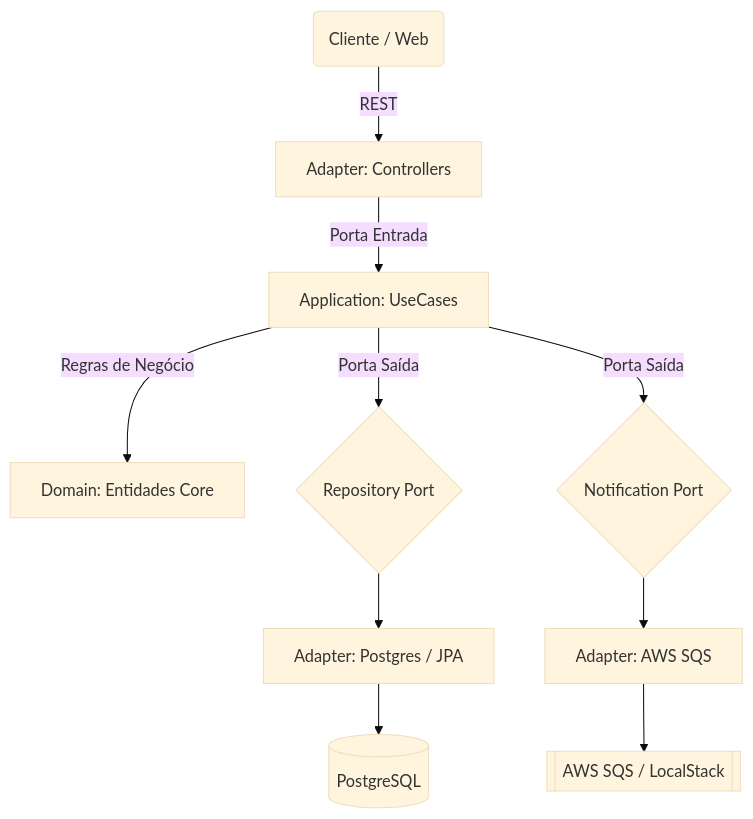
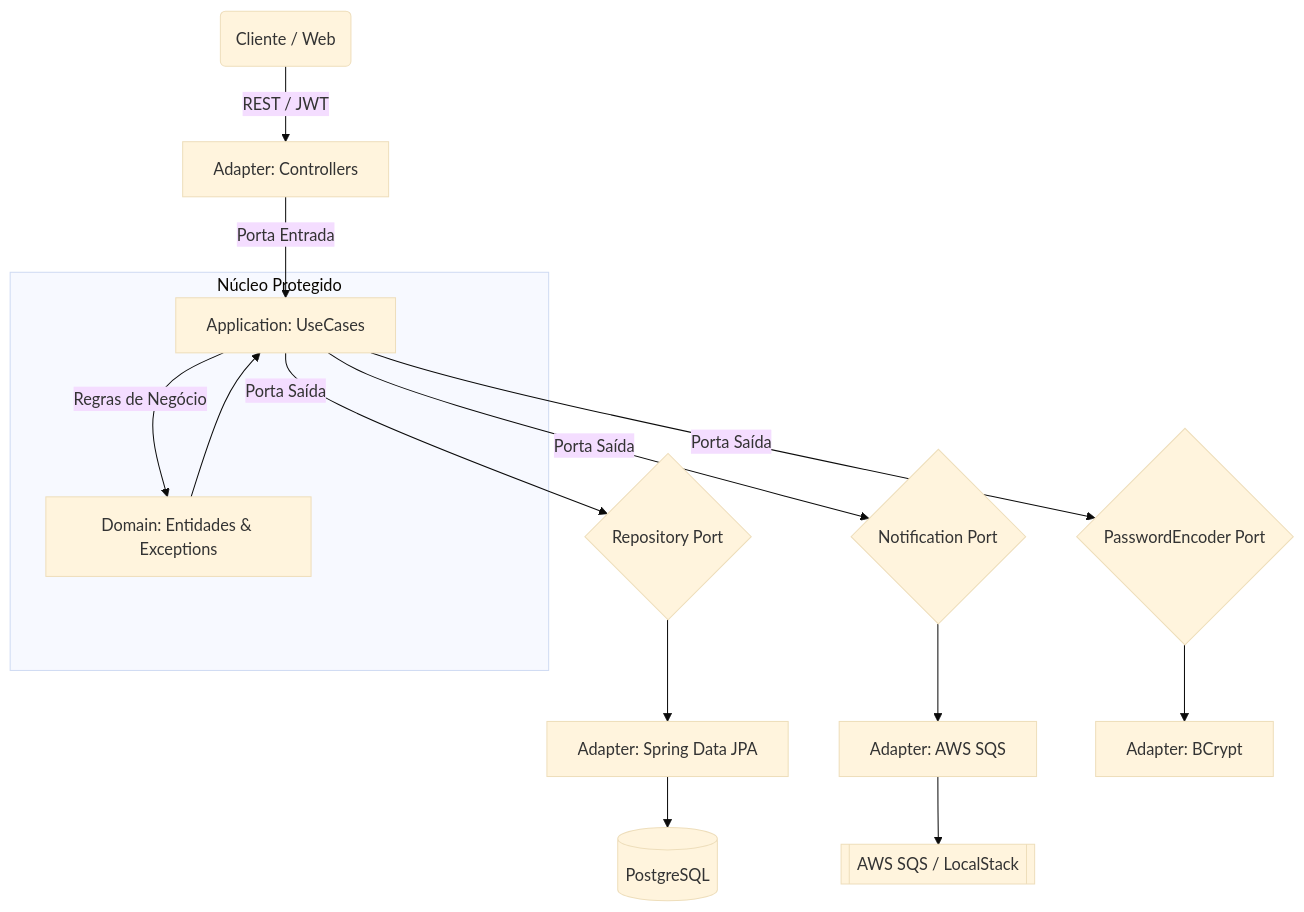
Before and after one commit to weritonpetreca/vivaldi-bank: the diagram in README.md, drawn with Mermaid (base theme). The commit also changed other lines of this file, not shown here.

First line of the commit message:
docs: update project documentation with architecture and CI/CD details

````diff
--- a/README.md
+++ b/README.md
@@ -20,15 +21,21 @@
 ```mermaid
 graph TD
-    Client(Cliente / Web) -->|REST| AdapterWeb[Adapter: Controllers]
+    Client(Cliente / Web) -->|REST / JWT| AdapterWeb[Adapter: Controllers]
     AdapterWeb -->|Porta Entrada| UseCases[Application: UseCases]
-    UseCases -->|Regras de Negócio| Domain[Domain: Entidades Core]
+
+    subgraph Core [Núcleo Protegido]
+        UseCases -->|Regras de Negócio| Domain[Domain: Entidades & Exceptions]
+        Domain --> UseCases
+    end
 
     UseCases -->|Porta Saída| PortRepo{Repository Port}
     UseCases -->|Porta Saída| PortMsg{Notification Port}
+    UseCases -->|Porta Saída| PortSec{PasswordEncoder Port}
 
-    PortRepo --> AdapterPersist[Adapter: Postgres / JPA]
+    PortRepo --> AdapterPersist[Adapter: Spring Data JPA]
     PortMsg --> AdapterSQS[Adapter: AWS SQS]
+    PortSec --> AdapterSec[Adapter: BCrypt]
 
     AdapterPersist --> DB[(PostgreSQL)]
     AdapterSQS --> Queue[[AWS SQS / LocalStack]]
 ```
````
